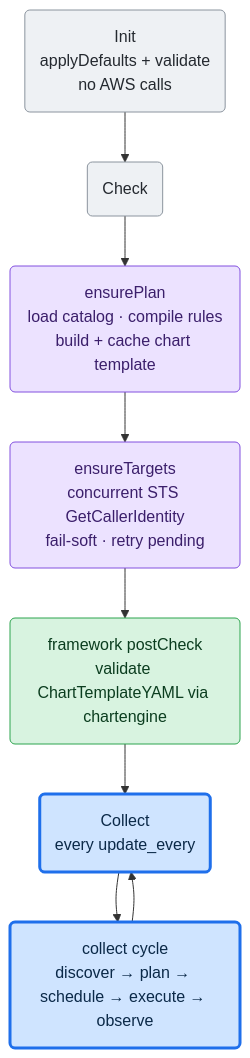
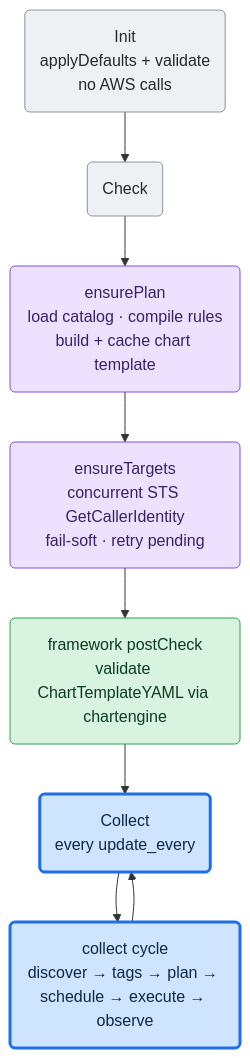
The second of 3 diagrams in src/go/plugin/go.d/collector/cloudwatch/ARCHITECTURE.md (netdata/netdata), drawn with Mermaid before and after one commit. The commit also changed other lines of this file and 16 other files, not shown here.

Commit message:
refactor(cloudwatch): clarify architecture and consolidate tests

````diff
--- a/src/go/plugin/go.d/collector/cloudwatch/ARCHITECTURE.md
+++ b/src/go/plugin/go.d/collector/cloudwatch/ARCHITECTURE.md
@@ -79,24 +81,24 @@
 ```mermaid
 flowchart TD
     Init("Init<br/>applyDefaults + validate<br/>no AWS calls")
     Check("Check")
     Runtime("ensurePlan<br/>load catalog · compile rules<br/>build + cache chart template")
     Targets("ensureTargets<br/>concurrent STS GetCallerIdentity<br/>fail-soft · retry pending")
     Post("framework postCheck<br/>validate ChartTemplateYAML via chartengine")
     Collect("Collect<br/>every update_every")
-    Cycle("collect cycle<br/>discover → plan → schedule → execute → observe")
+    Cycle("collect cycle<br/>discover → tags → plan → schedule → execute → observe")
 
     Init --> Check
     Check --> Runtime --> Targets --> Post
     Post --> Collect --> Cycle --> Collect
 
     classDef input fill:#eef1f4,stroke:#8b949e,color:#24292f;
     classDef sched fill:#ece2ff,stroke:#8250df,color:#3b1f6b;
     classDef commit fill:#d8f3e0,stroke:#2da44e,color:#0b3d1f;
     classDef core fill:#cfe4ff,stroke:#1f6feb,stroke-width:3px,color:#0b2948;
 
     class Init,Check input
     class Runtime,Targets sched
     class Post commit
     class Collect,Cycle core
 ```
````
